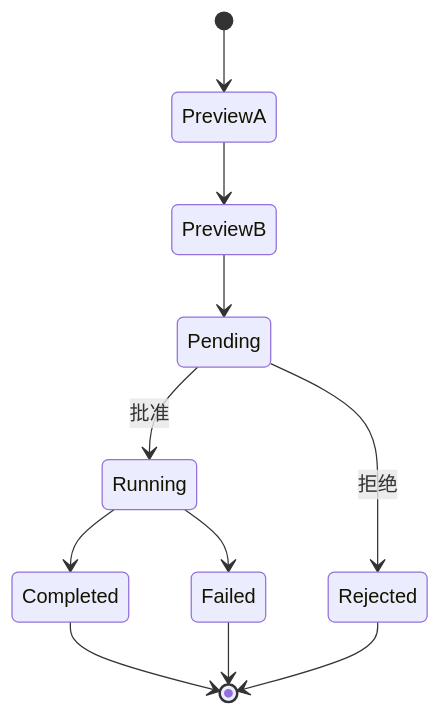
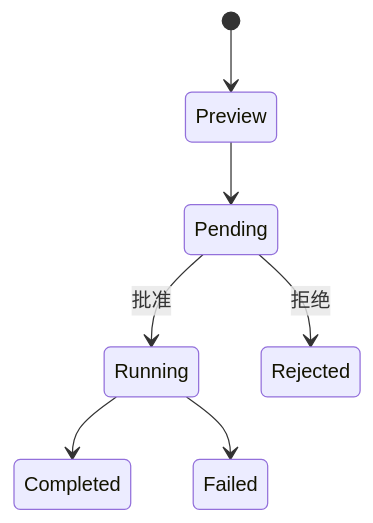
One commit to Floribunda1/reflecta changed the second of 2 diagrams in docs/iterations/v1.2.5/storybook-acceptance-design-plan.md. Above: the diagram before and after it, drawn with Mermaid. The commit also changed other lines of this file and 1 other file, not shown here.

````diff
--- a/docs/iterations/v1.2.5/storybook-acceptance-design-plan.md
+++ b/docs/iterations/v1.2.5/storybook-acceptance-design-plan.md
@@ -517,13 +702,9 @@
 ```mermaid
 stateDiagram-v2
-    [*] --> PreviewA
-    PreviewA --> PreviewB
-    PreviewB --> Pending
+    [*] --> Preview
+    Preview --> Pending
     Pending --> Running: 批准
     Pending --> Rejected: 拒绝
     Running --> Completed
     Running --> Failed
-    Completed --> [*]
-    Rejected --> [*]
-    Failed --> [*]
 ```
````
